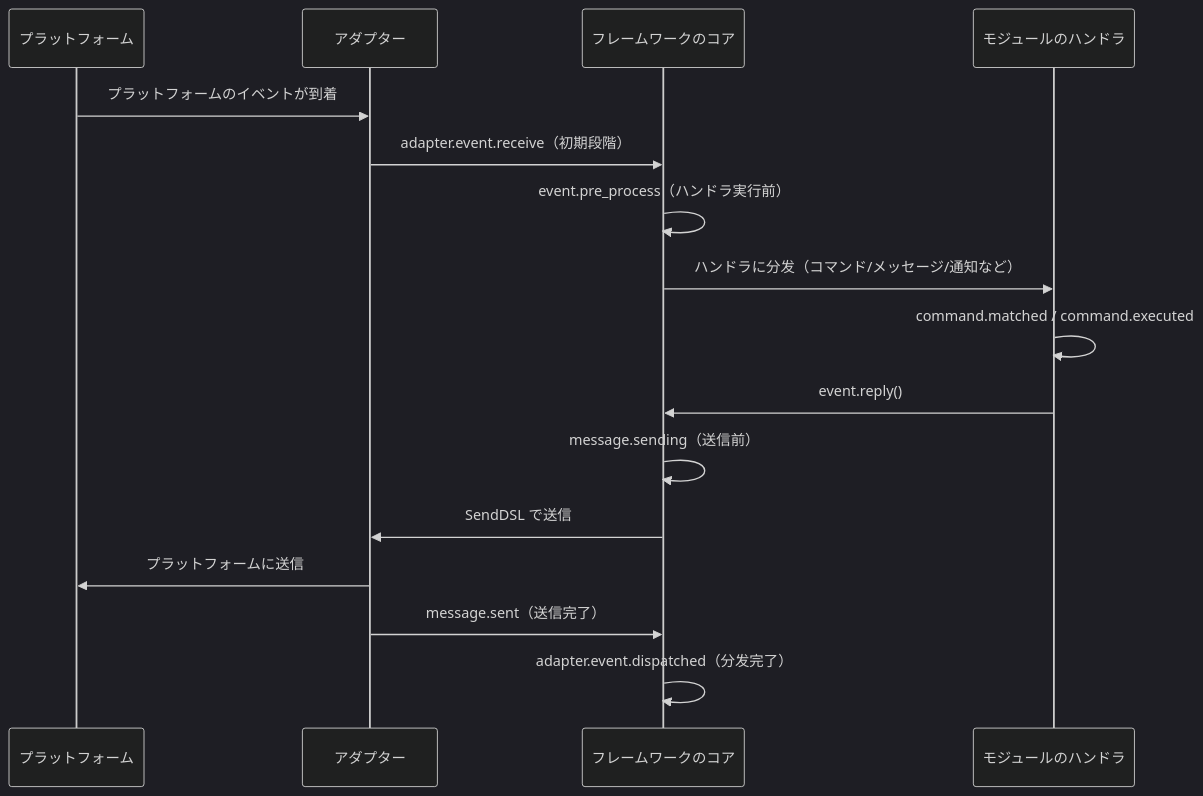
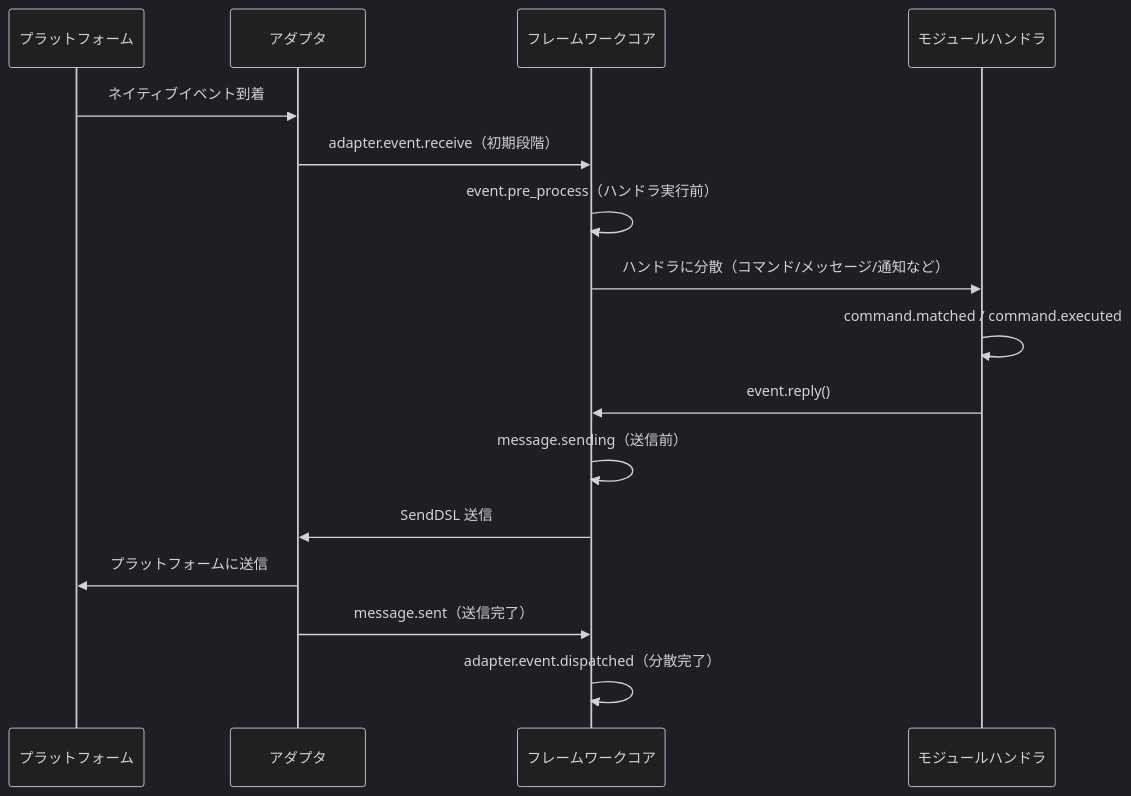
The diagram in docs/ja/advanced/lifecycle.md (ErisPulse/ErisPulse), drawn with Mermaid (dark theme) before and after one commit. The commit also changed other lines of this file and 15 other files, not shown here.

````diff
--- a/docs/ja/advanced/lifecycle.md
+++ b/docs/ja/advanced/lifecycle.md
@@ -118,19 +118,19 @@
 ```mermaid
 sequenceDiagram
     participant P as プラットフォーム
-    participant A as アダプター
-    participant F as フレームワークのコア
-    participant M as モジュールのハンドラ
+    participant A as アダプタ
+    participant F as フレームワークコア
+    participant M as モジュールハンドラ
 
-    P->>A: プラットフォームのイベントが到着
+    P->>A: ネイティブイベント到着
     A->>F: adapter.event.receive（初期段階）
     F->>F: event.pre_process（ハンドラ実行前）
-    F->>M: ハンドラに分发（コマンド/メッセージ/通知など）
+    F->>M: ハンドラに分散（コマンド/メッセージ/通知など）
     M->>M: command.matched / command.executed
     M->>F: event.reply()
     F->>F: message.sending（送信前）
-    F->>A: SendDSL で送信
+    F->>A: SendDSL 送信
     A->>P: プラットフォームに送信
     A->>F: message.sent（送信完了）
-    F->>F: adapter.event.dispatched（分发完了）
+    F->>F: adapter.event.dispatched（分散完了）
 ```
````
